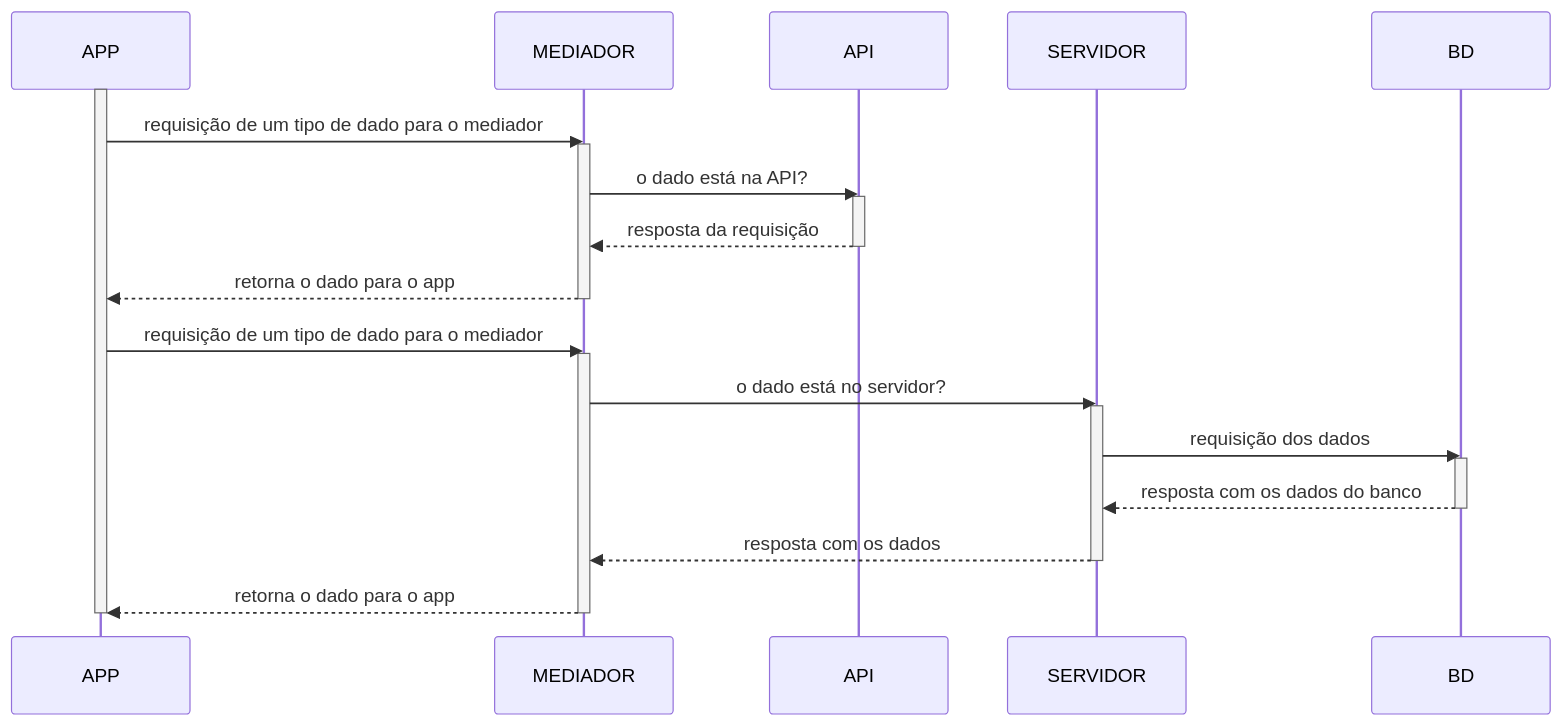
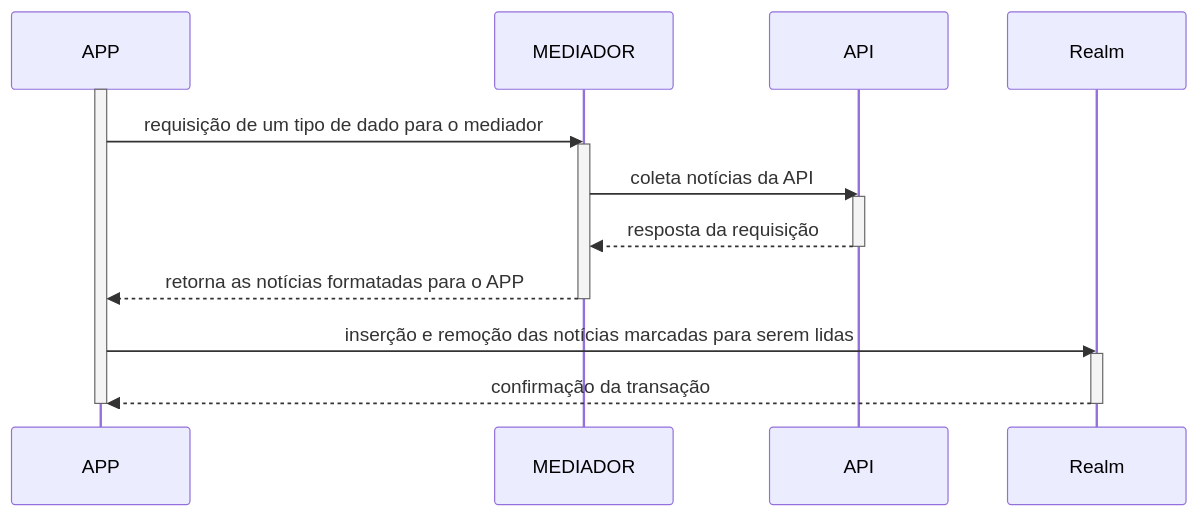
The diagram in docs/sprint_1.md (userhv/dcc-app), drawn with Mermaid before and after one commit. The commit also changed other lines of this file and 2 other files, not shown here.

Commit message:
develop: atualizando documentação da sprint 1

````diff
--- a/docs/sprint_1.md
+++ b/docs/sprint_1.md
@@ -9,25 +9,17 @@
  ```mermaid
     sequenceDiagram
     activate APP
     APP->>MEDIADOR: requisição de um tipo de dado para o mediador
     activate MEDIADOR
-    MEDIADOR->>API: o dado está na API?
+    MEDIADOR->>API: coleta notícias da API
     activate API
     API-->>MEDIADOR: resposta da requisição
     deactivate API
-    MEDIADOR-->>APP: retorna o dado para o app
+    MEDIADOR-->>APP: retorna as notícias formatadas para o APP
     deactivate MEDIADOR
-    APP->>MEDIADOR: requisição de um tipo de dado para o mediador
-    activate MEDIADOR  
-    MEDIADOR->>SERVIDOR: o dado está no servidor?
-    activate SERVIDOR
-    SERVIDOR->>BD: requisição dos dados
-    activate BD
-    BD-->>SERVIDOR: resposta com os dados do banco
-    deactivate BD
-    SERVIDOR-->>MEDIADOR: resposta com os dados
-    deactivate SERVIDOR
-    MEDIADOR-->>APP: retorna o dado para o app
-    deactivate MEDIADOR
+    APP->>Realm: inserção e remoção das notícias marcadas para serem lidas
+    activate Realm  
+    Realm-->>APP: confirmação da transação
+    deactivate Realm
 	deactivate APP
 ```
````
